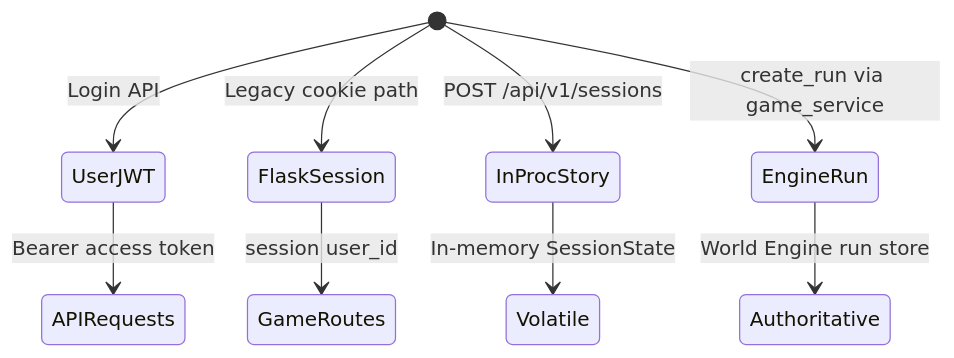
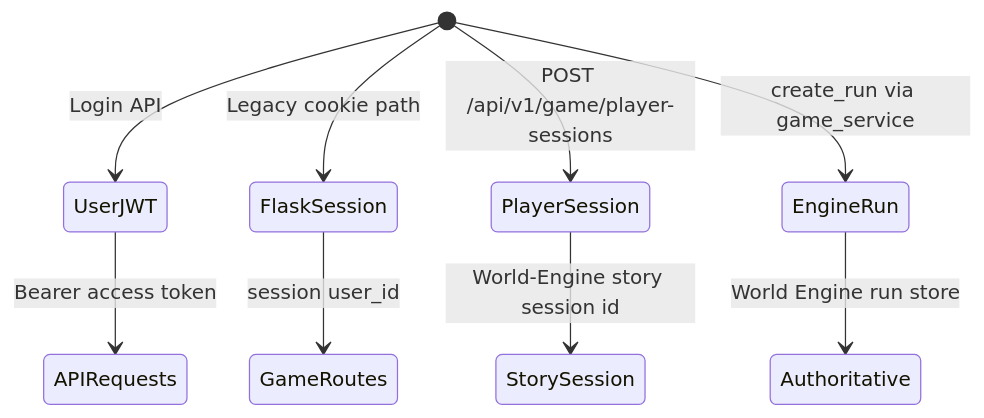
The fourth of 11 diagrams in docs/backend/backend_in_world_of_shadows.md (Held0fTheWelt/BLACKVEIN), drawn with Mermaid before and after one commit. The commit also changed other lines of this file and 49 other files, not shown here.

````diff
--- a/docs/backend/backend_in_world_of_shadows.md
+++ b/docs/backend/backend_in_world_of_shadows.md
@@ -256,11 +255,11 @@
 ```mermaid
 stateDiagram-v2
   [*] --> UserJWT: Login API
   UserJWT --> APIRequests: Bearer access token
   [*] --> FlaskSession: Legacy cookie path
   FlaskSession --> GameRoutes: session user_id
-  [*] --> InProcStory: POST /api/v1/sessions
-  InProcStory --> Volatile: In-memory SessionState
+  [*] --> PlayerSession: POST /api/v1/game/player-sessions
+  PlayerSession --> StorySession: World-Engine story session id
   [*] --> EngineRun: create_run via game_service
   EngineRun --> Authoritative: World Engine run store
 ```
````
